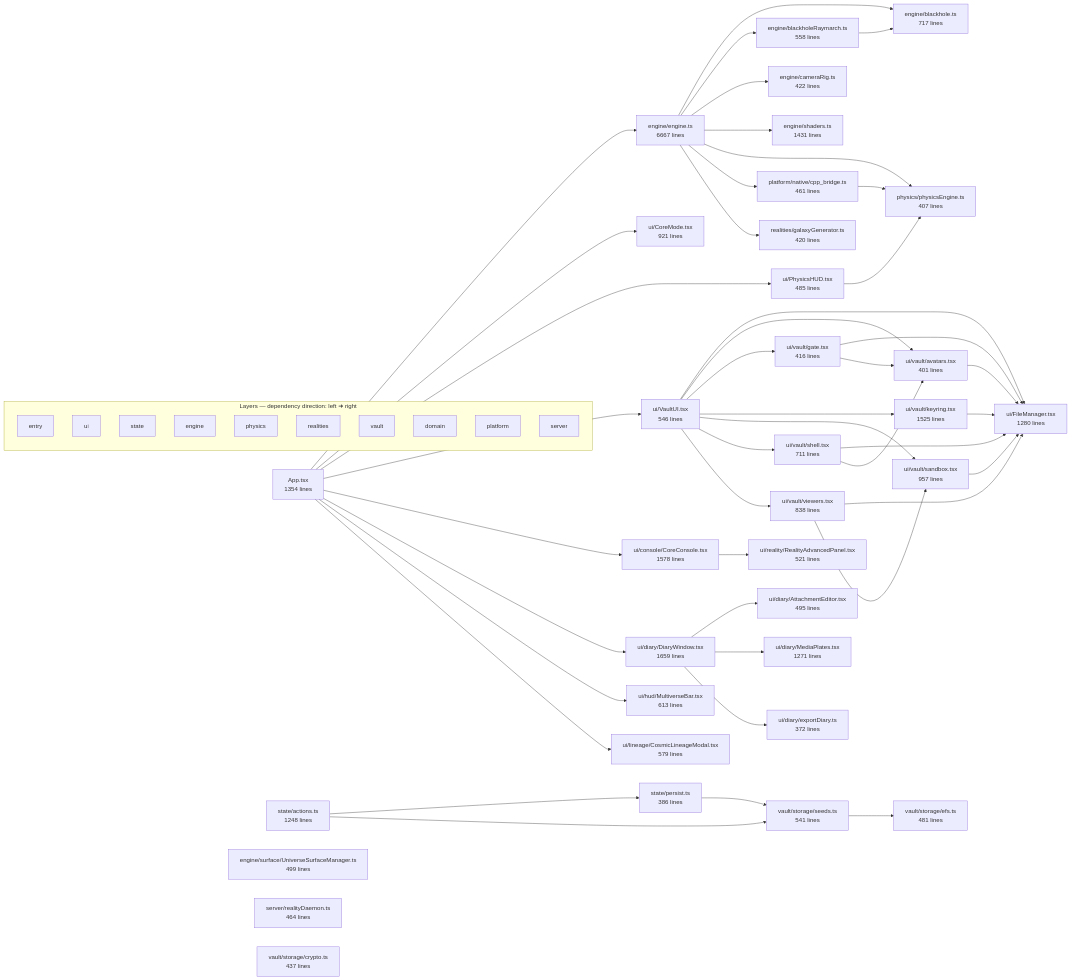
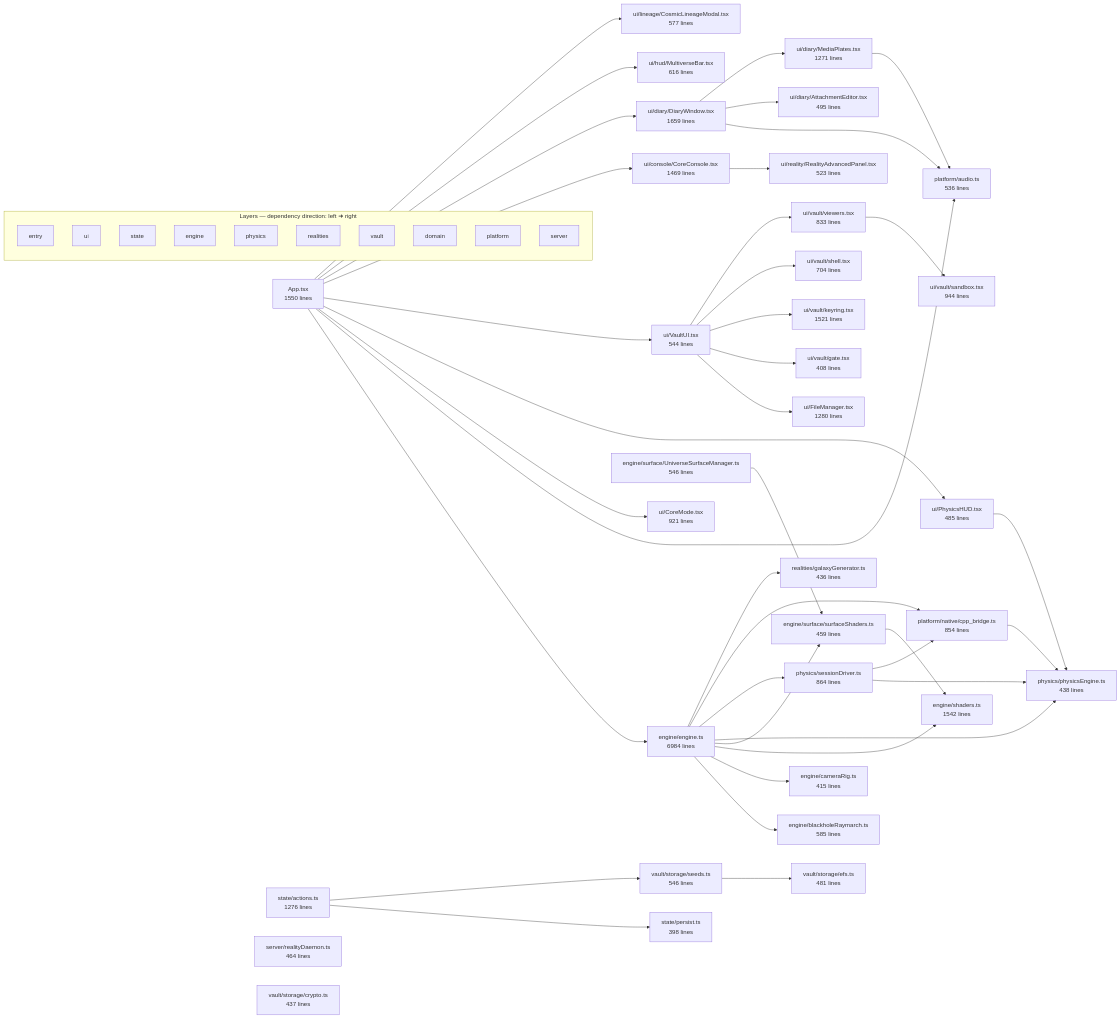
The diagram in docs/architecture-diagram.mmd (Chasin-Love/Chasin-Love-World), drawn with Mermaid before and after one commit. The commit also changed 7 other files, not shown here.

````diff
--- a/docs/architecture-diagram.mmd
+++ b/docs/architecture-diagram.mmd
@@ -12,41 +12,42 @@
     platform[platform]
     server[server]
   end
-    src_engine_engine_ts["engine/engine.ts<br>6667 lines"]
+    src_engine_engine_ts["engine/engine.ts<br>6984 lines"]
     src_ui_diary_DiaryWindow_tsx["ui/diary/DiaryWindow.tsx<br>1659 lines"]
-    src_ui_console_CoreConsole_tsx["ui/console/CoreConsole.tsx<br>1578 lines"]
-    src_ui_vault_keyring_tsx["ui/vault/keyring.tsx<br>1525 lines"]
-    src_engine_shaders_ts["engine/shaders.ts<br>1431 lines"]
-    src_App_tsx["App.tsx<br>1354 lines"]
+    src_App_tsx["App.tsx<br>1550 lines"]
+    src_engine_shaders_ts["engine/shaders.ts<br>1542 lines"]
+    src_ui_vault_keyring_tsx["ui/vault/keyring.tsx<br>1521 lines"]
+    src_ui_console_CoreConsole_tsx["ui/console/CoreConsole.tsx<br>1469 lines"]
     src_ui_FileManager_tsx["ui/FileManager.tsx<br>1280 lines"]
+    src_state_actions_ts["state/actions.ts<br>1276 lines"]
     src_ui_diary_MediaPlates_tsx["ui/diary/MediaPlates.tsx<br>1271 lines"]
-    src_state_actions_ts["state/actions.ts<br>1248 lines"]
-    src_ui_vault_sandbox_tsx["ui/vault/sandbox.tsx<br>957 lines"]
+    src_ui_vault_sandbox_tsx["ui/vault/sandbox.tsx<br>944 lines"]
     src_ui_CoreMode_tsx["ui/CoreMode.tsx<br>921 lines"]
-    src_ui_vault_viewers_tsx["ui/vault/viewers.tsx<br>838 lines"]
-    src_engine_blackhole_ts["engine/blackhole.ts<br>717 lines"]
-    src_ui_vault_shell_tsx["ui/vault/shell.tsx<br>711 lines"]
-    src_ui_hud_MultiverseBar_tsx["ui/hud/MultiverseBar.tsx<br>613 lines"]
-    src_ui_lineage_CosmicLineageModal_tsx["ui/lineage/CosmicLineageModal.tsx<br>579 lines"]
-    src_engine_blackholeRaymarch_ts["engine/blackholeRaymarch.ts<br>558 lines"]
-    src_ui_VaultUI_tsx["ui/VaultUI.tsx<br>546 lines"]
-    src_vault_storage_seeds_ts["vault/storage/seeds.ts<br>541 lines"]
-    src_ui_reality_RealityAdvancedPanel_tsx["ui/reality/RealityAdvancedPanel.tsx<br>521 lines"]
-    src_engine_surface_UniverseSurfaceManager_ts["engine/surface/UniverseSurfaceManager.ts<br>499 lines"]
+    src_physics_sessionDriver_ts["physics/sessionDriver.ts<br>864 lines"]
+    src_platform_native_cpp_bridge_ts["platform/native/cpp_bridge.ts<br>854 lines"]
+    src_ui_vault_viewers_tsx["ui/vault/viewers.tsx<br>833 lines"]
+    src_ui_vault_shell_tsx["ui/vault/shell.tsx<br>704 lines"]
+    src_ui_hud_MultiverseBar_tsx["ui/hud/MultiverseBar.tsx<br>616 lines"]
+    src_engine_blackholeRaymarch_ts["engine/blackholeRaymarch.ts<br>585 lines"]
+    src_ui_lineage_CosmicLineageModal_tsx["ui/lineage/CosmicLineageModal.tsx<br>577 lines"]
+    src_engine_surface_UniverseSurfaceManager_ts["engine/surface/UniverseSurfaceManager.ts<br>546 lines"]
+    src_vault_storage_seeds_ts["vault/storage/seeds.ts<br>546 lines"]
+    src_ui_VaultUI_tsx["ui/VaultUI.tsx<br>544 lines"]
+    src_platform_audio_ts["platform/audio.ts<br>536 lines"]
+    src_ui_reality_RealityAdvancedPanel_tsx["ui/reality/RealityAdvancedPanel.tsx<br>523 lines"]
     src_ui_diary_AttachmentEditor_tsx["ui/diary/AttachmentEditor.tsx<br>495 lines"]
     src_ui_PhysicsHUD_tsx["ui/PhysicsHUD.tsx<br>485 lines"]
     src_vault_storage_efs_ts["vault/storage/efs.ts<br>481 lines"]
     server_realityDaemon_ts["server/realityDaemon.ts<br>464 lines"]
-    src_platform_native_cpp_bridge_ts["platform/native/cpp_bridge.ts<br>461 lines"]
+    src_engine_surface_surfaceShaders_ts["engine/surface/surfaceShaders.ts<br>459 lines"]
+    src_physics_physicsEngine_ts["physics/physicsEngine.ts<br>438 lines"]
     src_vault_storage_crypto_ts["vault/storage/crypto.ts<br>437 lines"]
-    src_engine_cameraRig_ts["engine/cameraRig.ts<br>422 lines"]
-    src_realities_galaxyGenerator_ts["realities/galaxyGenerator.ts<br>420 lines"]
-    src_ui_vault_gate_tsx["ui/vault/gate.tsx<br>416 lines"]
-    src_physics_physicsEngine_ts["physics/physicsEngine.ts<br>407 lines"]
-    src_ui_vault_avatars_tsx["ui/vault/avatars.tsx<br>401 lines"]
-    src_state_persist_ts["state/persist.ts<br>386 lines"]
-    src_ui_diary_exportDiary_ts["ui/diary/exportDiary.ts<br>372 lines"]
+    src_realities_galaxyGenerator_ts["realities/galaxyGenerator.ts<br>436 lines"]
+    src_engine_cameraRig_ts["engine/cameraRig.ts<br>415 lines"]
+    src_ui_vault_gate_tsx["ui/vault/gate.tsx<br>408 lines"]
+    src_state_persist_ts["state/persist.ts<br>398 lines"]
     src_App_tsx --> src_engine_engine_ts
+    src_App_tsx --> src_platform_audio_ts
     src_App_tsx --> src_ui_CoreMode_tsx
     src_App_tsx --> src_ui_PhysicsHUD_tsx
     src_App_tsx --> src_ui_VaultUI_tsx
@@ -54,38 +55,32 @@
     src_App_tsx --> src_ui_diary_DiaryWindow_tsx
     src_App_tsx --> src_ui_hud_MultiverseBar_tsx
     src_App_tsx --> src_ui_lineage_CosmicLineageModal_tsx
-    src_engine_blackholeRaymarch_ts --> src_engine_blackhole_ts
-    src_engine_engine_ts --> src_engine_blackhole_ts
     src_engine_engine_ts --> src_engine_blackholeRaymarch_ts
     src_engine_engine_ts --> src_engine_cameraRig_ts
     src_engine_engine_ts --> src_engine_shaders_ts
+    src_engine_engine_ts --> src_engine_surface_surfaceShaders_ts
     src_engine_engine_ts --> src_physics_physicsEngine_ts
+    src_engine_engine_ts --> src_physics_sessionDriver_ts
     src_engine_engine_ts --> src_platform_native_cpp_bridge_ts
     src_engine_engine_ts --> src_realities_galaxyGenerator_ts
+    src_engine_surface_UniverseSurfaceManager_ts --> src_engine_surface_surfaceShaders_ts
+    src_engine_surface_surfaceShaders_ts --> src_engine_shaders_ts
+    src_physics_sessionDriver_ts --> src_physics_physicsEngine_ts
+    src_physics_sessionDriver_ts --> src_platform_native_cpp_bridge_ts
     src_platform_native_cpp_bridge_ts --> src_physics_physicsEngine_ts
     src_state_actions_ts --> src_state_persist_ts
     src_state_actions_ts --> src_vault_storage_seeds_ts
-    src_state_persist_ts --> src_vault_storage_seeds_ts
     src_ui_PhysicsHUD_tsx --> src_physics_physicsEngine_ts
     src_ui_VaultUI_tsx --> src_ui_FileManager_tsx
-    src_ui_VaultUI_tsx --> src_ui_vault_avatars_tsx
     src_ui_VaultUI_tsx --> src_ui_vault_gate_tsx
     src_ui_VaultUI_tsx --> src_ui_vault_keyring_tsx
-    src_ui_VaultUI_tsx --> src_ui_vault_sandbox_tsx
     src_ui_VaultUI_tsx --> src_ui_vault_shell_tsx
     src_ui_VaultUI_tsx --> src_ui_vault_viewers_tsx
     src_ui_console_CoreConsole_tsx --> src_ui_reality_RealityAdvancedPanel_tsx
+    src_ui_diary_DiaryWindow_tsx --> src_platform_audio_ts
     src_ui_diary_DiaryWindow_tsx --> src_ui_diary_AttachmentEditor_tsx
     src_ui_diary_DiaryWindow_tsx --> src_ui_diary_MediaPlates_tsx
-    src_ui_diary_DiaryWindow_tsx --> src_ui_diary_exportDiary_ts
-    src_ui_vault_avatars_tsx --> src_ui_FileManager_tsx
-    src_ui_vault_gate_tsx --> src_ui_FileManager_tsx
-    src_ui_vault_gate_tsx --> src_ui_vault_avatars_tsx
-    src_ui_vault_keyring_tsx --> src_ui_FileManager_tsx
-    src_ui_vault_sandbox_tsx --> src_ui_FileManager_tsx
-    src_ui_vault_shell_tsx --> src_ui_FileManager_tsx
-    src_ui_vault_shell_tsx --> src_ui_vault_avatars_tsx
-    src_ui_vault_viewers_tsx --> src_ui_FileManager_tsx
+    src_ui_diary_MediaPlates_tsx --> src_platform_audio_ts
     src_ui_vault_viewers_tsx --> src_ui_vault_sandbox_tsx
     src_vault_storage_seeds_ts --> src_vault_storage_efs_ts
 ```
````
